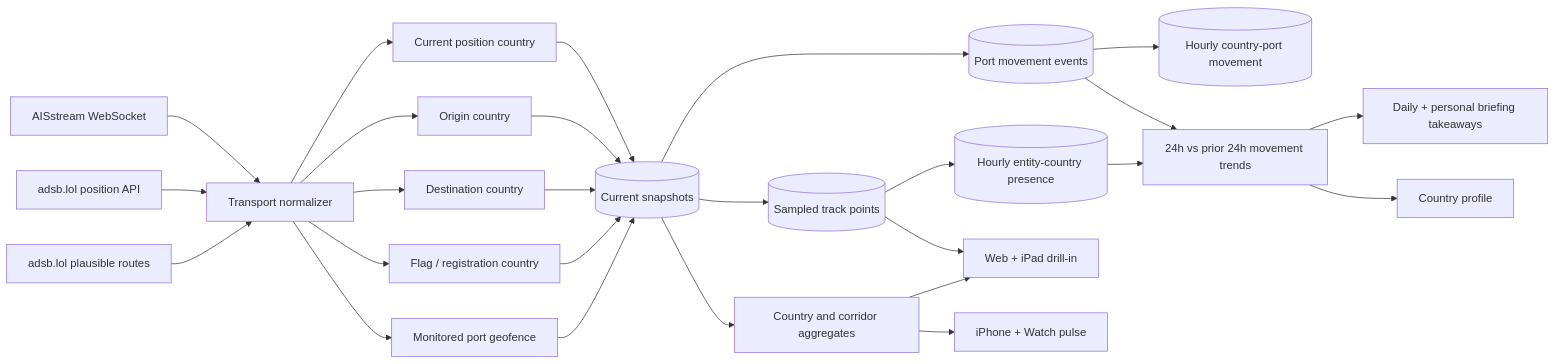
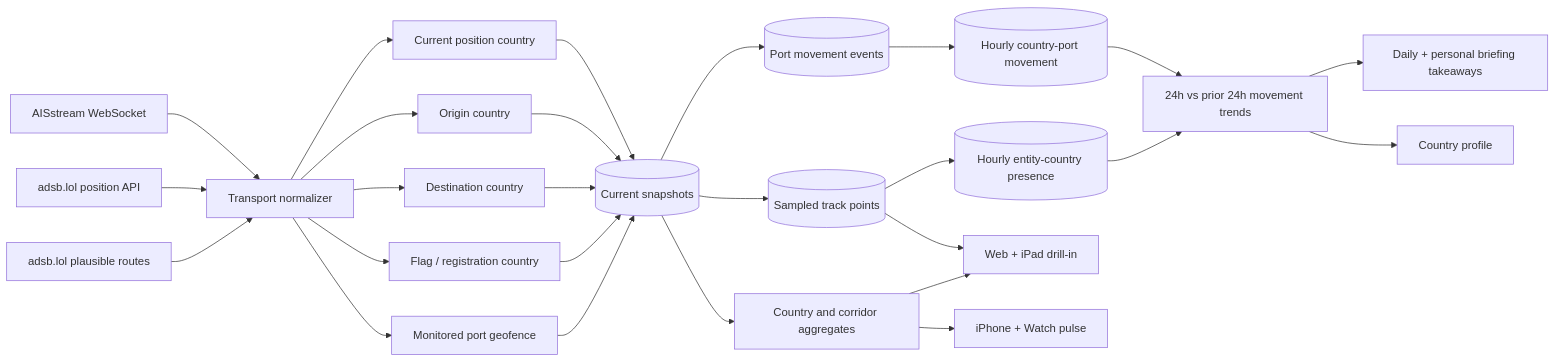
Before and after one commit to eojgroup/claritas: the diagram in docs/transport-intelligence.md, drawn with Mermaid. The commit also changed other lines of this file and 7 other files, not shown here.

````diff
--- a/docs/transport-intelligence.md
+++ b/docs/transport-intelligence.md
@@ -7,28 +7,28 @@
 ```mermaid
 flowchart LR
   AIS[AISstream WebSocket] --> Normalize[Transport normalizer]
   ADSB[adsb.lol position API] --> Normalize
   ADSBRoute[adsb.lol plausible routes] --> Normalize
   Normalize --> Position[Current position country]
   Normalize --> Origin[Origin country]
   Normalize --> Destination[Destination country]
   Normalize --> Flag[Flag / registration country]
   Normalize --> Port[Monitored port geofence]
   Position --> Snapshot[(Current snapshots)]
   Origin --> Snapshot
   Destination --> Snapshot
   Flag --> Snapshot
   Port --> Snapshot
   Snapshot --> Trail[(Sampled track points)]
   Snapshot --> Event[(Port movement events)]
   Trail --> Presence[(Hourly entity-country presence)]
   Event --> MovementHour[(Hourly country-port movement)]
   Snapshot --> Aggregate[Country and corridor aggregates]
-  Event --> Trend[24h vs prior 24h movement trends]
+  MovementHour --> Trend[24h vs prior 24h movement trends]
   Presence --> Trend
   Trend --> Briefing[Daily + personal briefing takeaways]
   Trend --> Profile[Country profile]
   Trail --> Full[Web + iPad drill-in]
   Aggregate --> Full
   Aggregate --> Compact[iPhone + Watch pulse]
 ```
````
